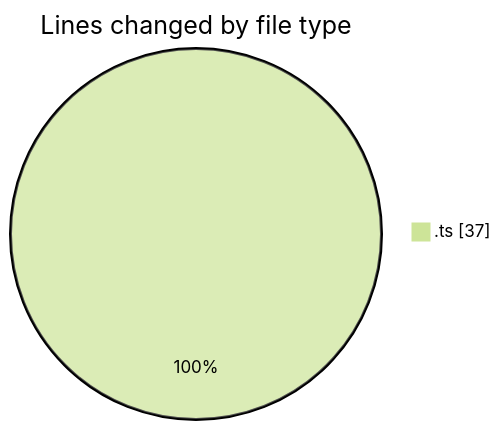
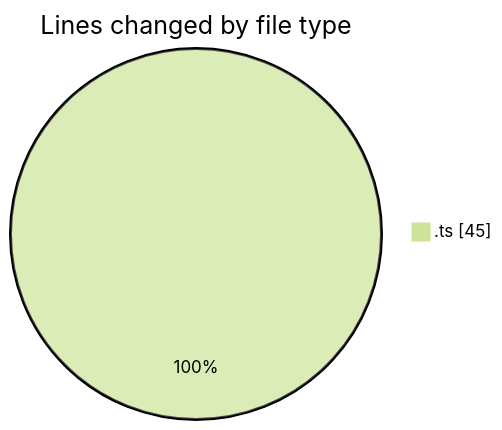
The first of 2 diagrams in 2025-10-23/cda/README.md (momahboobian/code-tracking), drawn with Mermaid (forest theme) before and after one commit. The commit also changed other lines of this file and 1 other file, not shown here.

````diff
--- a/2025-10-23/cda/README.md
+++ b/2025-10-23/cda/README.md
@@ -21,5 +21,5 @@
 ```mermaid
 pie showData
 title Lines changed by file type
-".ts" : 37
+".ts" : 45
 ```
````
